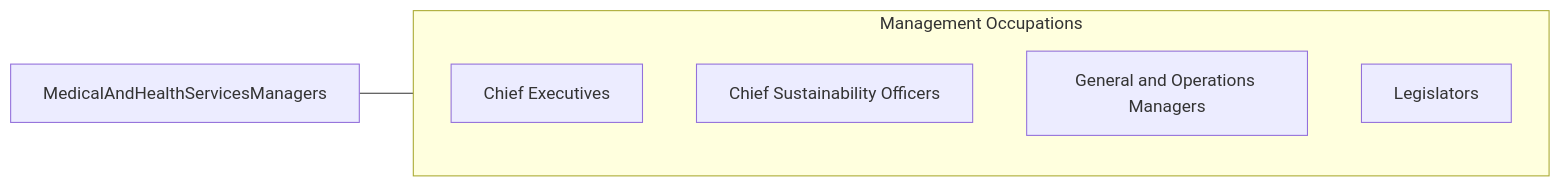
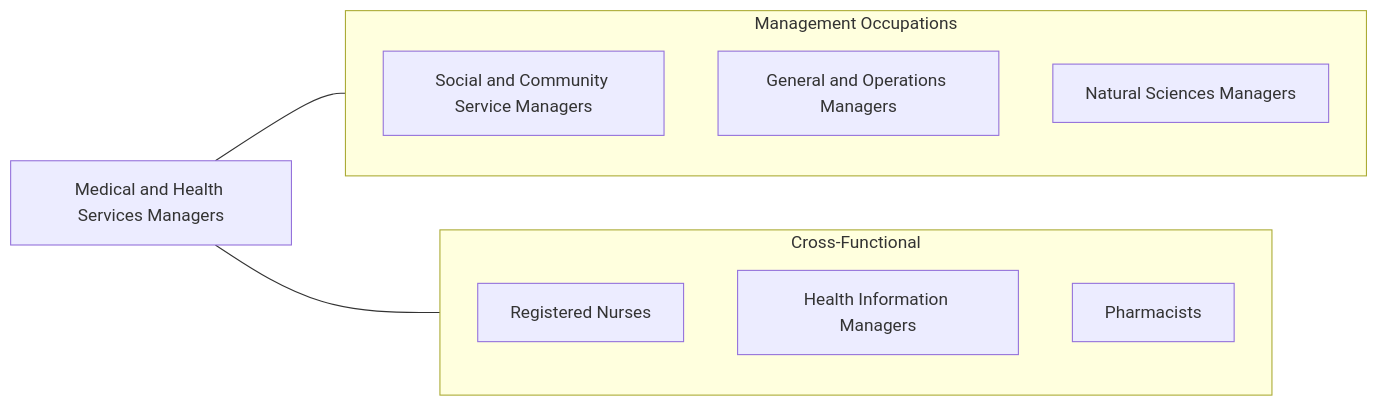
Before and after one commit to kziemski/business.org.ai: the fourth of 4 diagrams in occupations/Management/MedicalAndHealthServicesManagers.mdx, drawn with Mermaid. The commit also changed other lines of this file and 938 other files, not shown here.

````diff
--- a/occupations/Management/MedicalAndHealthServicesManagers.mdx
+++ b/occupations/Management/MedicalAndHealthServicesManagers.mdx
@@ -126,13 +175,19 @@
 ```mermaid
 graph LR
-    Current["MedicalAndHealthServicesManagers"]
+    MHSM["Medical and Health Services Managers"]
 
     subgraph SameCategory["Management Occupations"]
-        ChiefExecutives["Chief Executives"]
-        ChiefSustainabilityO["Chief Sustainability Officers"]
-        GeneralAndOperations["General and Operations Managers"]
-        Legislators["Legislators"]
+        SCS["Social and Community Service Managers"]
+        GOps["General and Operations Managers"]
+        NSM["Natural Sciences Managers"]
     end
 
-    Current --- SameCategory
+    subgraph CrossFunctional["Cross-Functional"]
+        RN["Registered Nurses"]
+        HIM["Health Information Managers"]
+        PHA["Pharmacists"]
+    end
+
+    MHSM --- SameCategory
+    MHSM --- CrossFunctional
 ```
````
